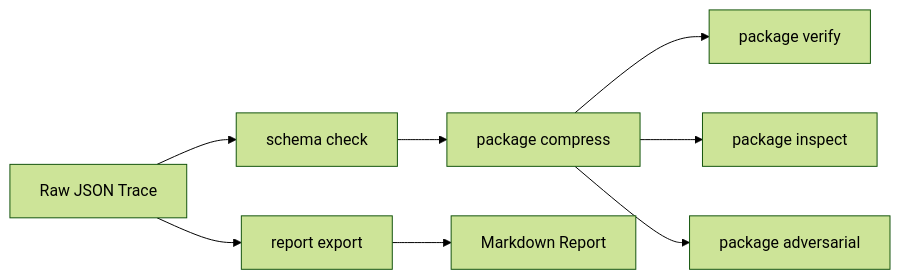
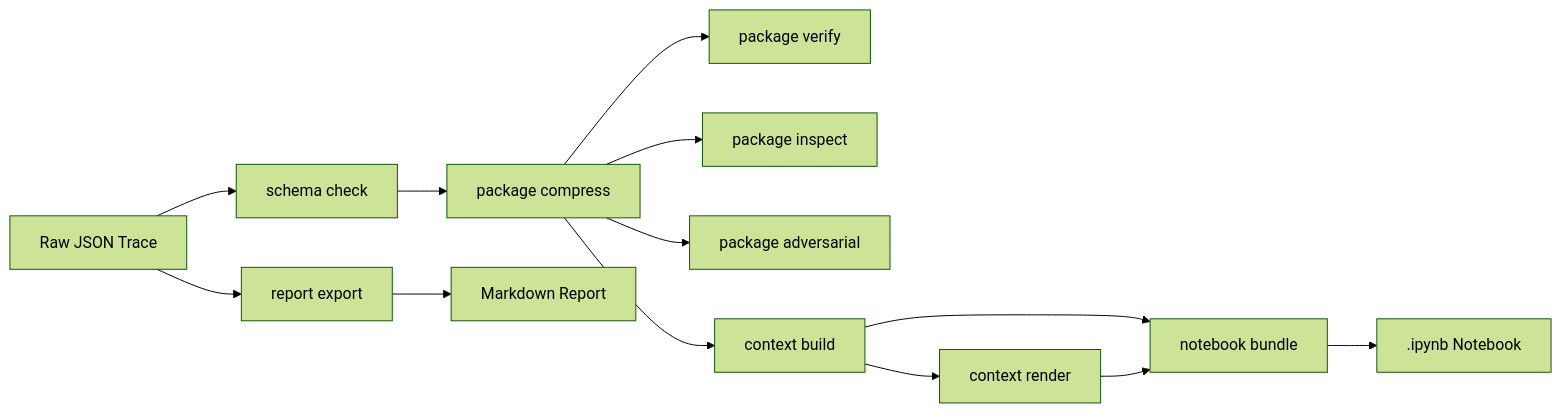
One commit to ProfRandom92/Antigravity-Comptextv7 changed the diagram in README.md. Above: the diagram before and after it, drawn with Mermaid (forest theme). The commit also changed other lines of this file and 1 other file, not shown here.

Commit message:
docs: finalize CLI alignment after notebook bundle

````diff
--- a/README.md
+++ b/README.md
@@ -22,10 +22,15 @@
 ```mermaid
 flowchart LR
     A["Raw JSON Trace"] --> B["schema check"]
     B --> C["package compress"]
     C --> D["package verify"]
     C --> E["package inspect"]
     C --> F["package adversarial"]
+    C --> I["context build"]
+    I --> J["context render"]
+    I --> K["notebook bundle"]
+    J --> K
+    K --> L[".ipynb Notebook"]
     A --> G["report export"]
     G --> H["Markdown Report"]
 ```
````
